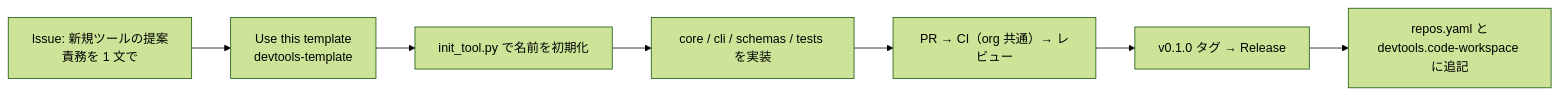
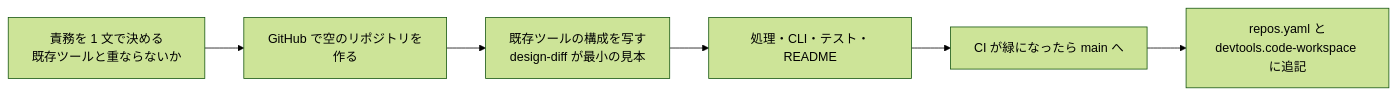
Before and after one commit to shoyo-maya-bot/devtools-workspace: the diagram in docs/NEW_TOOL.md, drawn with Mermaid (forest theme). The commit also changed other lines of this file and 11 other files, not shown here.

````diff
--- a/docs/NEW_TOOL.md
+++ b/docs/NEW_TOOL.md
@@ -3,9 +3,8 @@
 ```mermaid
 flowchart LR
-  A[Issue: 新規ツールの提案<br/>責務を 1 文で] --> B[Use this template<br/>devtools-template]
-  B --> C[init_tool.py で名前を初期化]
-  C --> D[core / cli / schemas / tests を実装]
-  D --> E[PR → CI（org 共通）→ レビュー]
-  E --> F[v0.1.0 タグ → Release]
-  F --> G[repos.yaml と<br/>devtools.code-workspace に追記]
+  A[責務を 1 文で決める<br/>既存ツールと重ならないか] --> B[GitHub で空のリポジトリを作る]
+  B --> C[既存ツールの構成を写す<br/>design-diff が最小の見本]
+  C --> D[処理・CLI・テスト・README]
+  D --> E[CI が緑になったら main へ]
+  E --> F[repos.yaml と<br/>devtools.code-workspace に追記]
 ```
````
